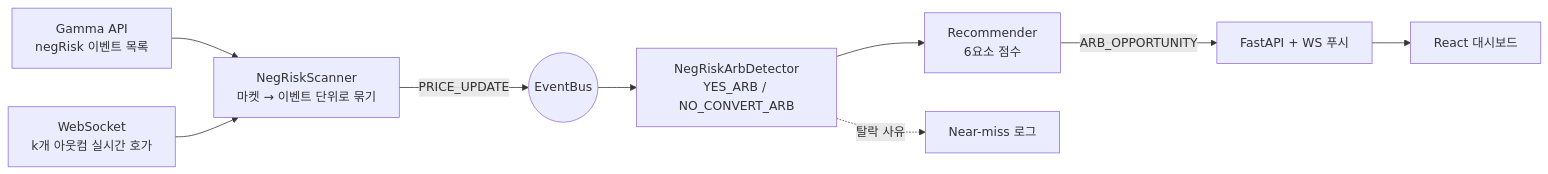
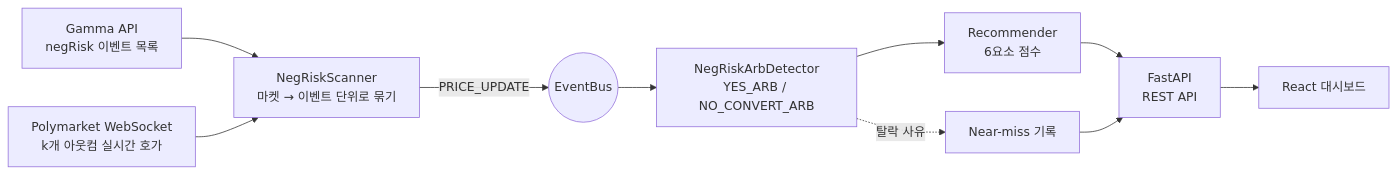
The first of 2 diagrams in README.md (hadan-HwH/polly-bot), drawn with Mermaid before and after one commit. The commit also changed other lines of this file and 1 other file, not shown here.

Commit message:
docs: restructure README (info, getting started, stack, screens/API, features, architecture)

````diff
--- a/README.md
+++ b/README.md
@@ -91,11 +221,12 @@
 ```mermaid
 flowchart LR
     G["Gamma API<br/>negRisk 이벤트 목록"] --> S["NegRiskScanner<br/>마켓 → 이벤트 단위로 묶기"]
-    W["WebSocket<br/>k개 아웃컴 실시간 호가"] --> S
+    W["Polymarket WebSocket<br/>k개 아웃컴 실시간 호가"] --> S
     S -- PRICE_UPDATE --> B(("EventBus"))
     B --> D["NegRiskArbDetector<br/>YES_ARB / NO_CONVERT_ARB"]
     D --> R["Recommender<br/>6요소 점수"]
-    D -. 탈락 사유 .-> N["Near-miss 로그"]
-    R -- ARB_OPPORTUNITY --> API["FastAPI + WS 푸시"]
+    D -. 탈락 사유 .-> N["Near-miss 기록"]
+    R --> API["FastAPI<br/>REST API"]
+    N --> API
     API --> UI["React 대시보드"]
 ```
````
